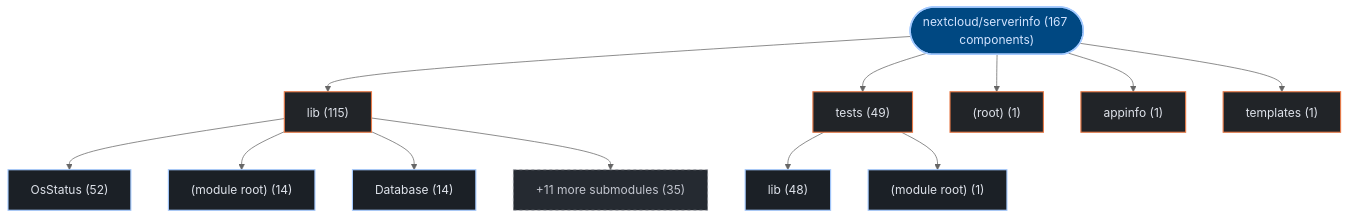
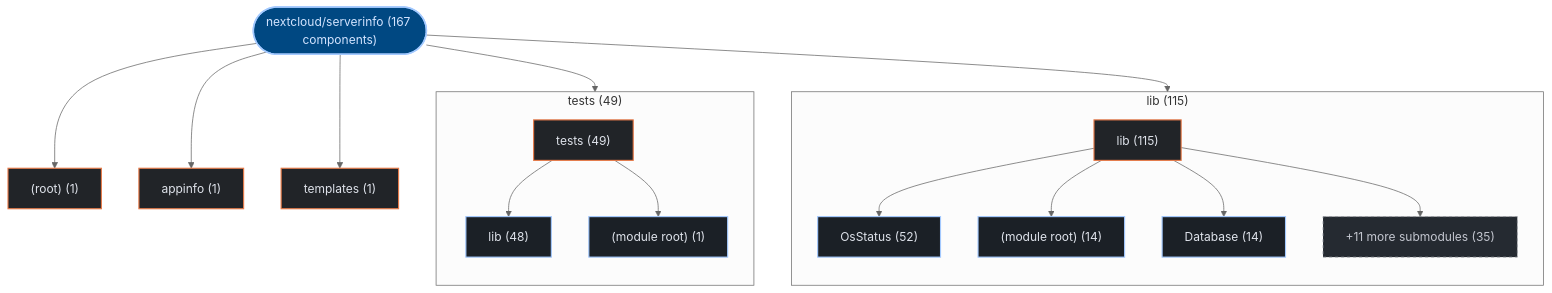
One commit to kumarshaz/atruss-code-atlas changed the first of 2 diagrams in exports/latest/reports/nextcloud-serverinfo-report.md. Above: the diagram before and after it, drawn with Mermaid (neutral theme). The commit also changed 178 other files, not shown here.

Commit message:
feat(ui,mermaid): upgrade to mermaid v12 + ELK layout, add orgs-summary + pagination, subgraph building blocks, fix tab alignment

````diff
--- a/exports/latest/reports/nextcloud-serverinfo-report.md
+++ b/exports/latest/reports/nextcloud-serverinfo-report.md
@@ -42,33 +42,39 @@
 ```mermaid
 graph TD;
   classDef atlasRoot fill:#004882,stroke:#a3c9ff,stroke-width:2px,color:#d3e4ff
   classDef atlasCategory fill:#212428,stroke:#E87A48,stroke-width:1.5px,color:#dfe3eb
   classDef atlasWorkflow fill:#1b2026,stroke:#a3c9ff,stroke-width:1.5px,color:#dfe3eb
   classDef atlasJob fill:#171c22,stroke:#8d9199,stroke-width:1px,color:#dfe3eb
   classDef atlasTarget fill:#005227,stroke:#8bd99b,stroke-width:1.5px,color:#a7f6b6
   classDef atlasAlert fill:#93000a,stroke:#ffb4ab,stroke-width:1.5px,color:#ffdad6
   classDef atlasMore fill:#252a31,stroke:#8d9199,stroke-dasharray:4 4,color:#c3c6cf
     repo_root(["nextcloud/serverinfo (167 components)"]):::atlasRoot
-    dir_0_lib["lib (115)"]:::atlasCategory
+    subgraph sg_dir_0_lib["lib (115)"]
+      direction TB
+      dir_0_lib["lib (115)"]:::atlasCategory
+      sub_0_0_OsStatus["OsStatus (52)"]:::atlasWorkflow
+      dir_0_lib --> sub_0_0_OsStatus
+      sub_0_1__module_root_["(module root) (14)"]:::atlasWorkflow
+      dir_0_lib --> sub_0_1__module_root_
+      sub_0_2_Database["Database (14)"]:::atlasWorkflow
+      dir_0_lib --> sub_0_2_Database
+      sub_0_more["+11 more submodules (35)"]:::atlasMore
+      dir_0_lib --> sub_0_more
+    end
     repo_root --> dir_0_lib
-    sub_0_0_OsStatus["OsStatus (52)"]:::atlasWorkflow
-    dir_0_lib --> sub_0_0_OsStatus
-    sub_0_1__module_root_["(module root) (14)"]:::atlasWorkflow
-    dir_0_lib --> sub_0_1__module_root_
-    sub_0_2_Database["Database (14)"]:::atlasWorkflow
-    dir_0_lib --> sub_0_2_Database
-    sub_0_more["+11 more submodules (35)"]:::atlasMore
-    dir_0_lib --> sub_0_more
-    dir_1_tests["tests (49)"]:::atlasCategory
+    subgraph sg_dir_1_tests["tests (49)"]
+      direction TB
+      dir_1_tests["tests (49)"]:::atlasCategory
+      sub_1_0_lib["lib (48)"]:::atlasWorkflow
+      dir_1_tests --> sub_1_0_lib
+      sub_1_1__module_root_["(module root) (1)"]:::atlasWorkflow
+      dir_1_tests --> sub_1_1__module_root_
+    end
     repo_root --> dir_1_tests
-    sub_1_0_lib["lib (48)"]:::atlasWorkflow
-    dir_1_tests --> sub_1_0_lib
-    sub_1_1__module_root_["(module root) (1)"]:::atlasWorkflow
-    dir_1_tests --> sub_1_1__module_root_
     dir_2__root_["(root) (1)"]:::atlasCategory
     repo_root --> dir_2__root_
     dir_3_appinfo["appinfo (1)"]:::atlasCategory
     repo_root --> dir_3_appinfo
     dir_4_templates["templates (1)"]:::atlasCategory
     repo_root --> dir_4_templates
 ```
````
